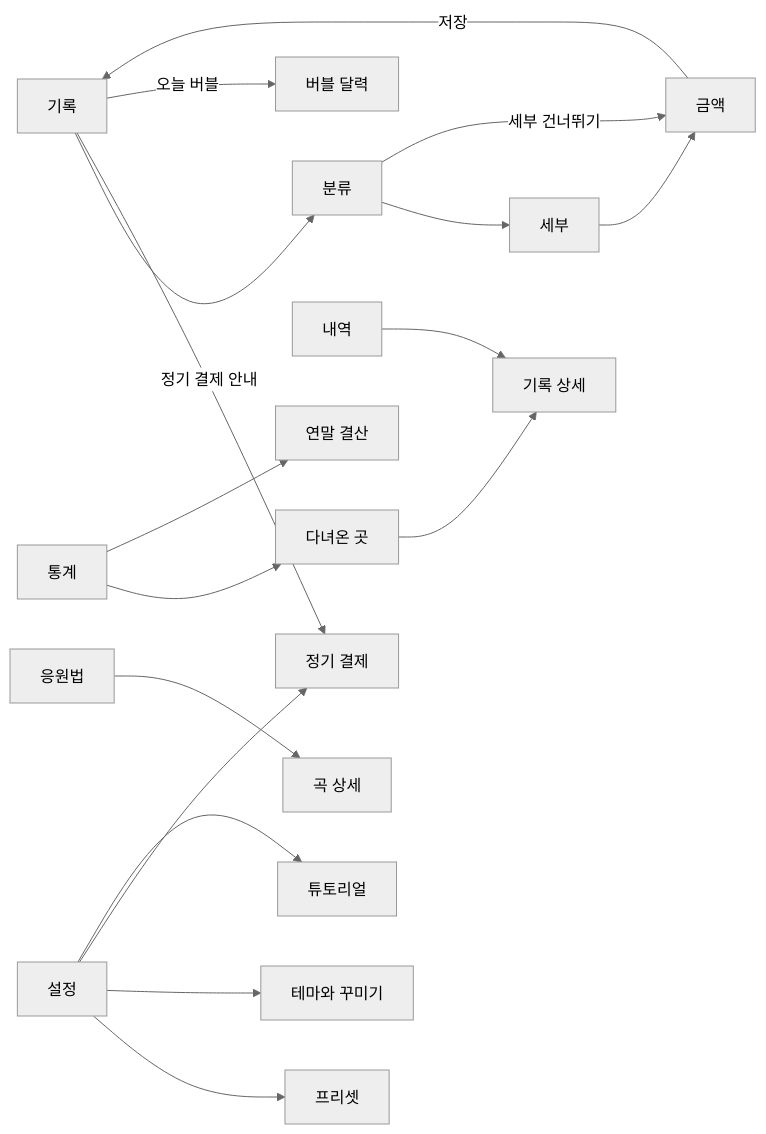
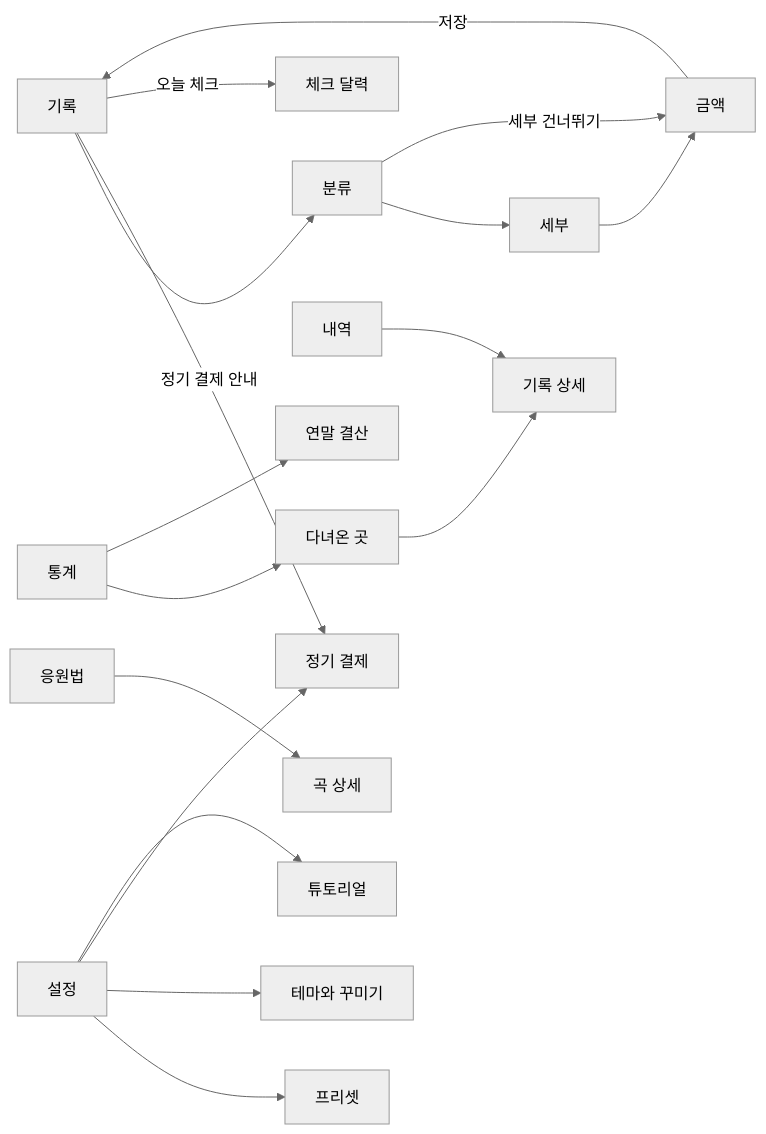
The second of 2 diagrams in STORYBOARD.md (sansoll/my-favorites), drawn with Mermaid (neutral theme) before and after one commit. The commit also changed other lines of this file and 3 other files, not shown here.

````diff
--- a/STORYBOARD.md
+++ b/STORYBOARD.md
@@ -45,17 +45,17 @@
 ```mermaid
 flowchart LR
     기록 --> 분류 --> 세부 --> 금액
     분류 -- 세부 건너뛰기 --> 금액
     금액 -- 저장 --> 기록
     기록 -- 정기 결제 안내 --> 정기결제[정기 결제]
-    기록 -- 오늘 버블 --> 버블[버블 달력]
+    기록 -- 오늘 체크 --> 체크[체크 달력]
     내역 --> 상세[기록 상세]
     통계 --> 다녀온곳[다녀온 곳]
     통계 --> 결산[연말 결산]
     다녀온곳 --> 상세
     응원법 --> 곡[곡 상세]
     설정 --> 프리셋
     설정 --> 테마[테마와 꾸미기]
     설정 --> 정기결제
     설정 --> 튜토리얼
 ```
````
